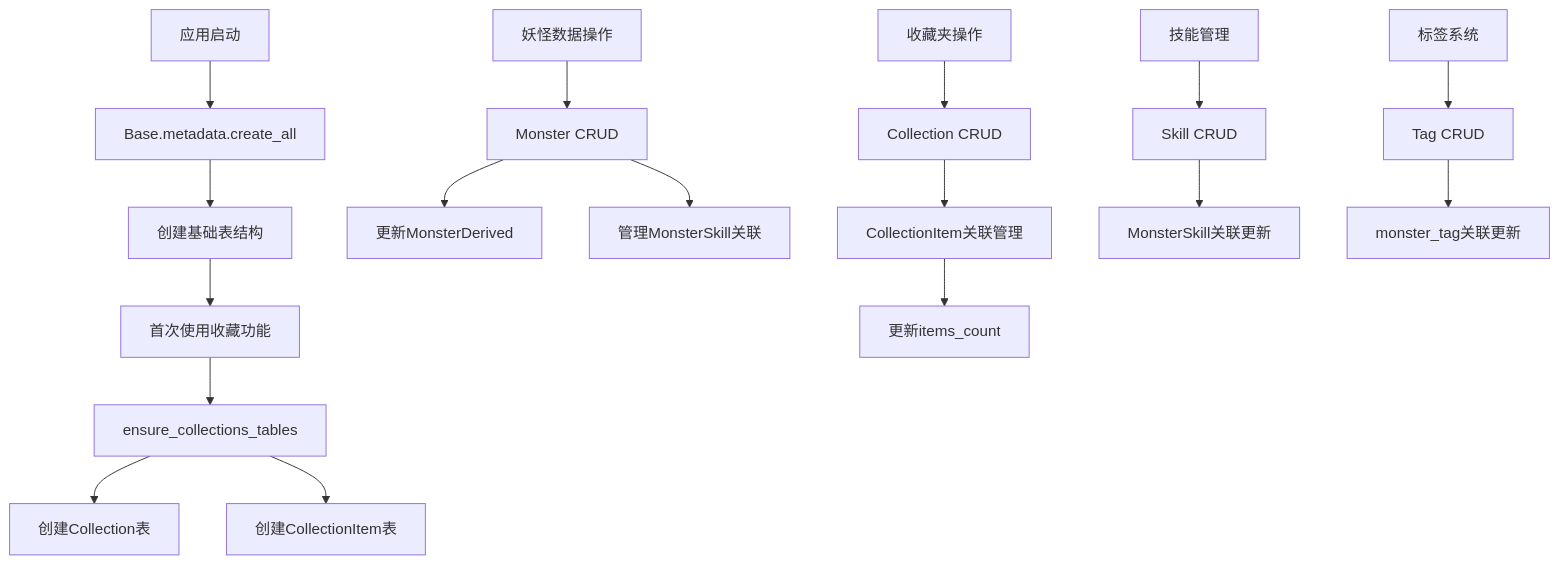
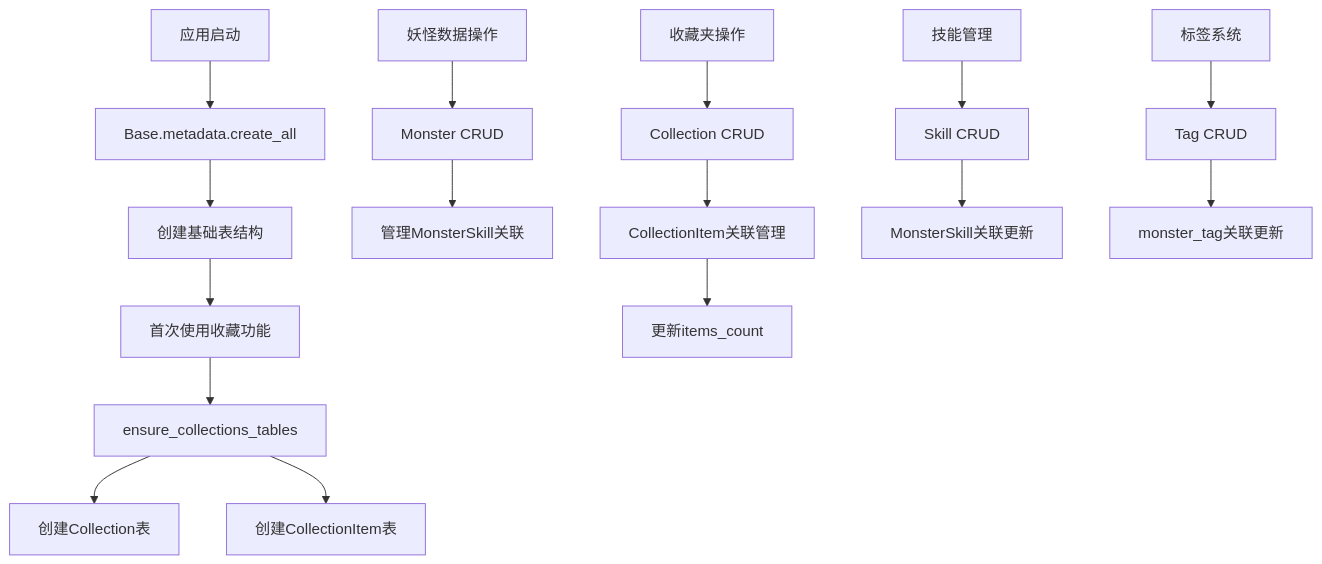
The diagram in docs/files/summaries/server/app/models.py.md (MGX-LJY/kbxy-monsters-pro), drawn with Mermaid before and after one commit. The commit also changed other lines of this file and 9 other files, not shown here.

````diff
--- a/docs/files/summaries/server/app/models.py.md
+++ b/docs/files/summaries/server/app/models.py.md
@@ -129,23 +121,23 @@
 ```mermaid
 graph TD
     A[应用启动] --> B[Base.metadata.create_all]
     B --> C[创建基础表结构]
     C --> D[首次使用收藏功能]
     D --> E[ensure_collections_tables]
     E --> F[创建Collection表]
     E --> G[创建CollectionItem表]
     
     H[妖怪数据操作] --> I[Monster CRUD]
-    I --> J[更新MonsterDerived]
+
     I --> K[管理MonsterSkill关联]
     
     L[收藏夹操作] --> M[Collection CRUD]
     M --> N[CollectionItem关联管理]
     N --> O[更新items_count]
     
     P[技能管理] --> Q[Skill CRUD]
     Q --> R[MonsterSkill关联更新]
     
     S[标签系统] --> T[Tag CRUD]
     T --> U[monster_tag关联更新]
 ```
````
